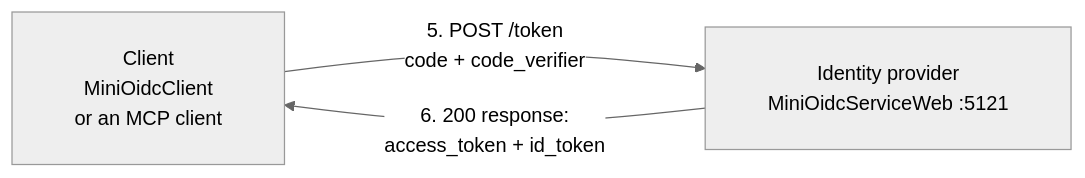
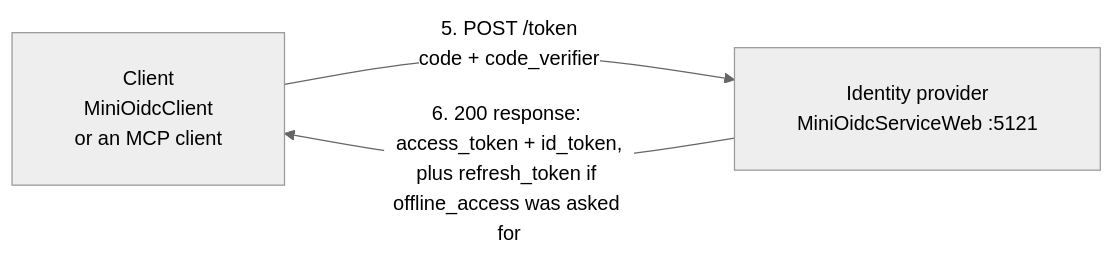
The second of 7 diagrams in README.md (megerow/OAuth-OIDC), drawn with Mermaid (neutral theme) before and after one commit. The commit also changed other lines of this file and 69 other files, not shown here.

````diff
--- a/README.md
+++ b/README.md
@@ -39,9 +40,9 @@
 ```mermaid
 %%{init: {"flowchart": {"nodeSpacing": 90, "rankSpacing": 160, "padding": 25}}}%%
 flowchart LR
     Client["Client<br/>MiniOidcClient<br/>or an MCP client"]
     IdP["Identity provider<br/>MiniOidcServiceWeb :5121"]
 
     Client -- "5. POST /token<br/>code + code_verifier" --> IdP
-    IdP -- "6. 200 response:<br/>access_token + id_token" --> Client
+    IdP -- "6. 200 response: access_token + id_token,<br/>plus refresh_token if offline_access was asked for" --> Client
 ```
````
